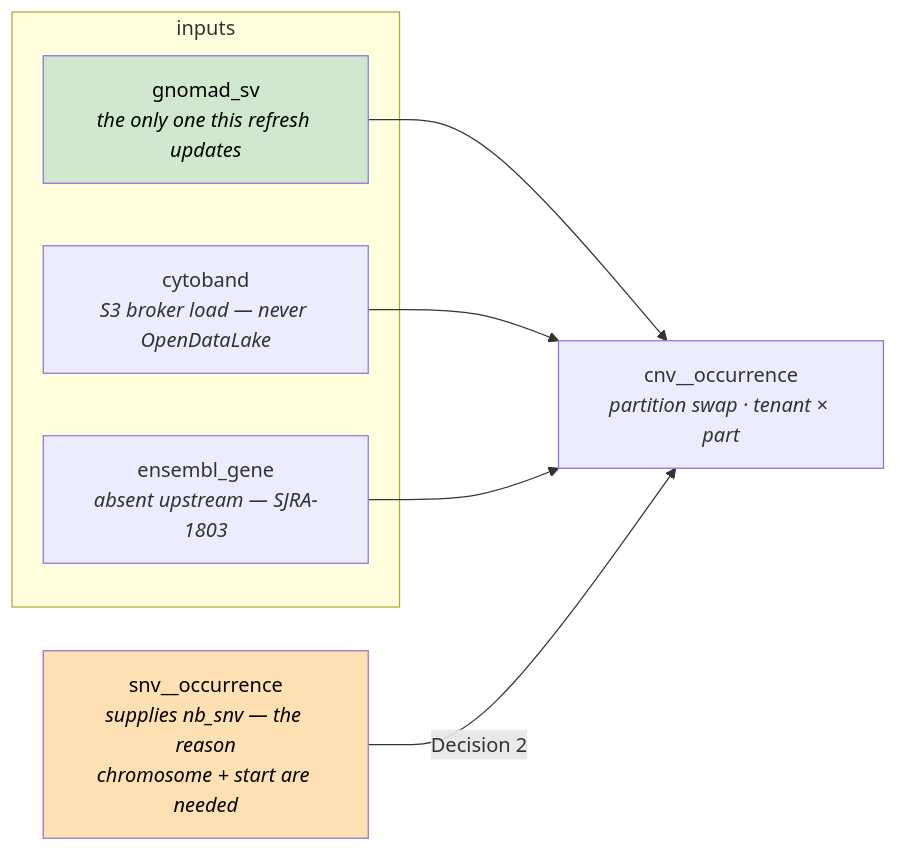
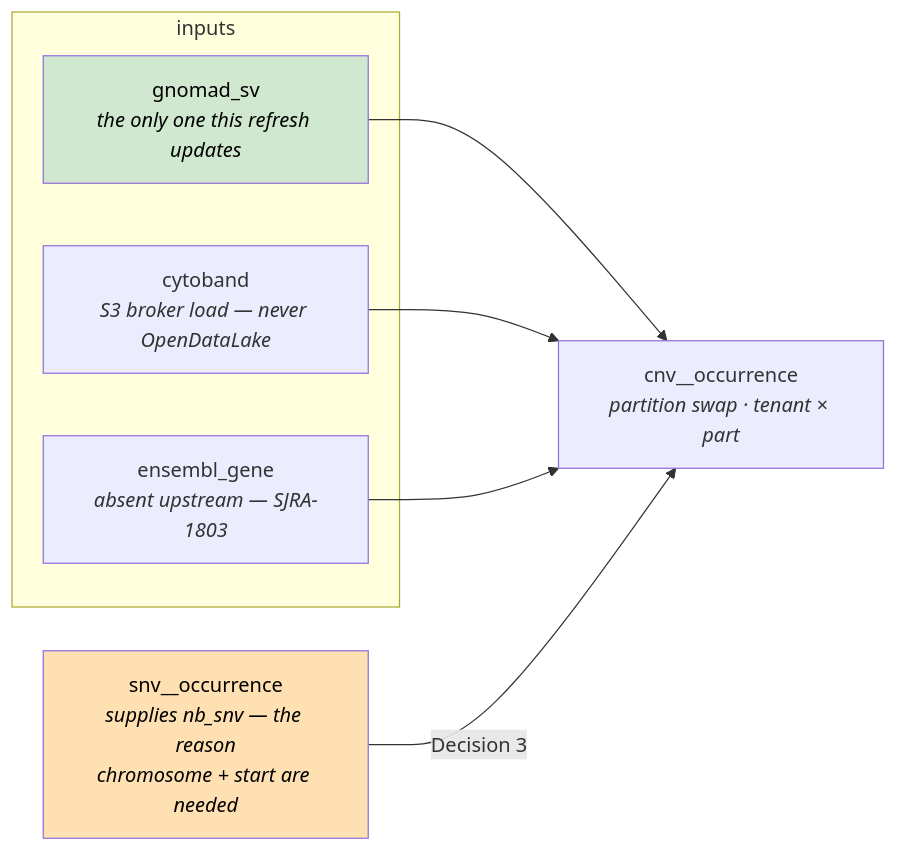
The third of 4 diagrams in design/SJRA-1811-opendatalake-integration.md (radiant-network/radiant-portal-pipeline), drawn with Mermaid before and after one commit. The commit also changed other lines of this file, not shown here.

Commit message:
feat: sjra-1811 update decision numbering and add summary

````diff
--- a/design/SJRA-1811-opendatalake-integration.md
+++ b/design/SJRA-1811-opendatalake-integration.md
@@ -229,16 +236,16 @@
 ```mermaid
 flowchart LR
     subgraph SRC["inputs"]
         GSV["gnomad_sv<br/><i>the only one this refresh updates</i>"]
         CB["cytoband<br/><i>S3 broker load — never OpenDataLake</i>"]
         EG["ensembl_gene<br/><i>absent upstream — SJRA-1803</i>"]
     end
     SNVO["snv__occurrence<br/><i>supplies nb_snv — the reason<br/>chromosome + start are needed</i>"]
     OCC["cnv__occurrence<br/><i>partition swap · tenant × part</i>"]
     GSV --> OCC
     CB --> OCC
     EG --> OCC
-    SNVO -->|"Decision 2"| OCC
+    SNVO -->|"Decision 3"| OCC
     style GSV fill:#cfe8cf,color:#000
     style SNVO fill:#ffe0b2,color:#000
 ```
````
